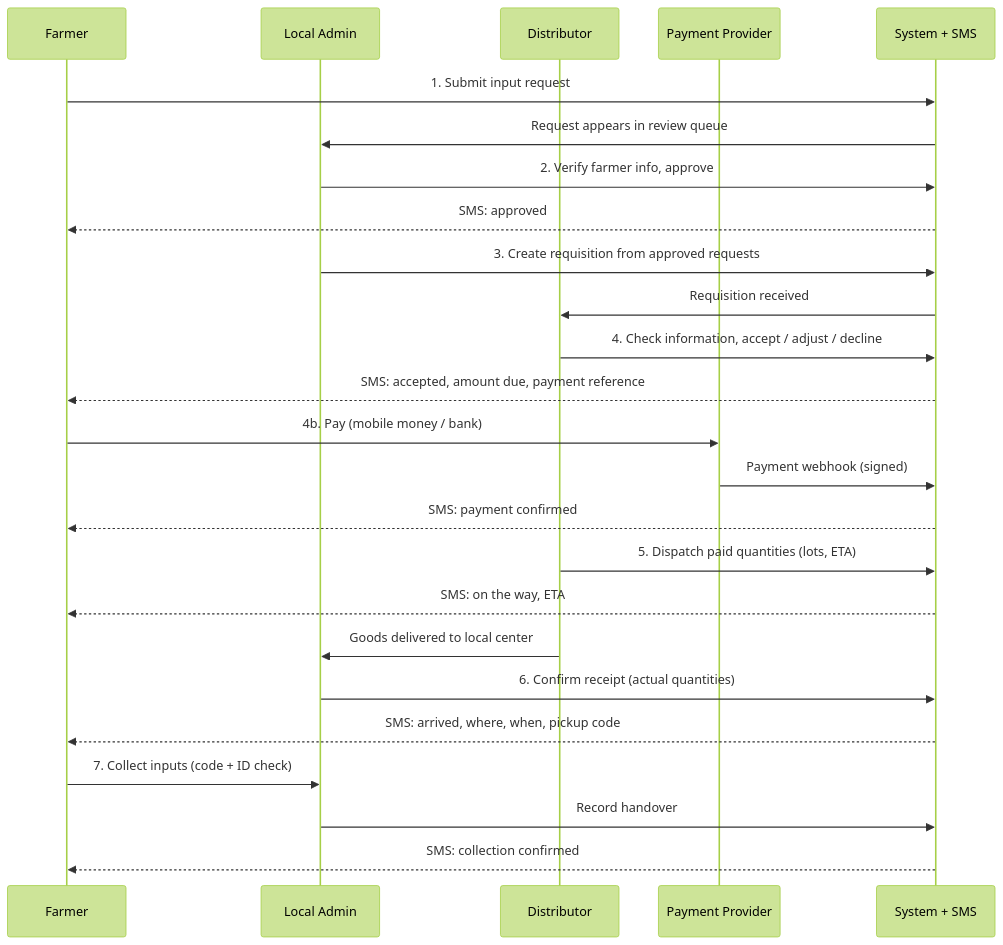
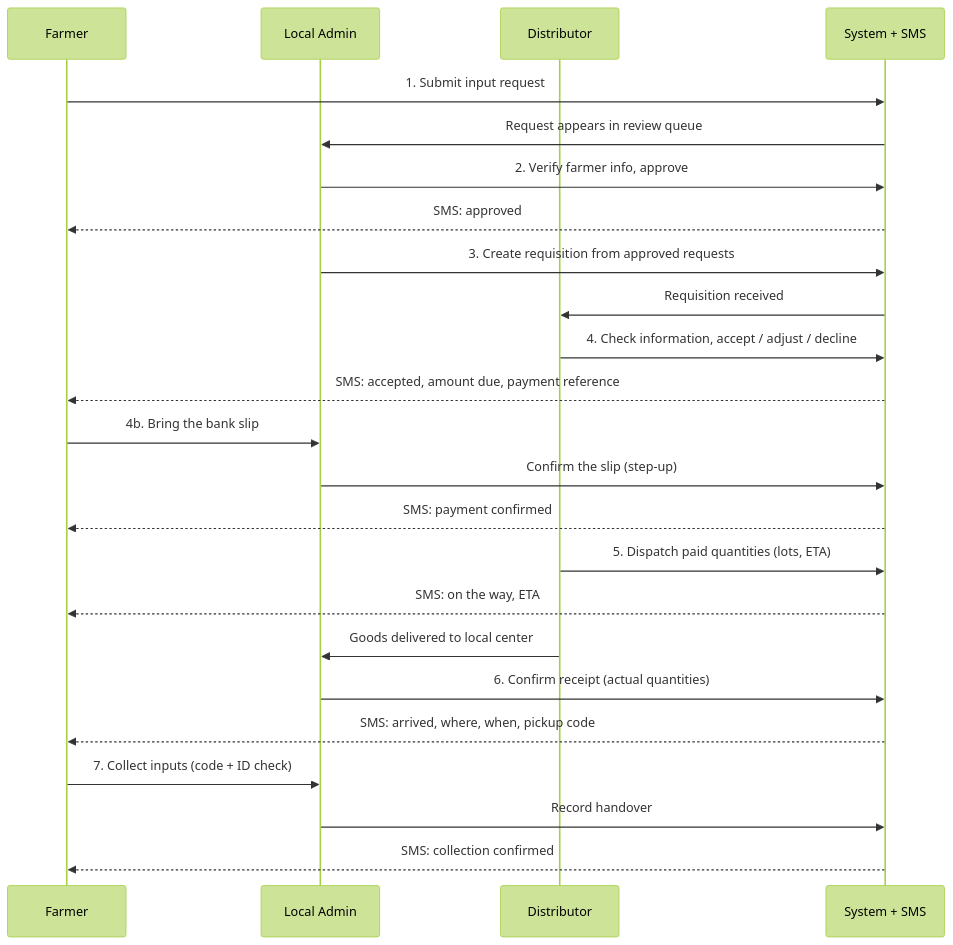
One commit to mumekonin/AgroTrust changed the first of 2 diagrams in AgroTrust_Complete_Design.md. Above: the diagram before and after it, drawn with Mermaid (forest theme). The commit also changed other lines of this file and 37 other files, not shown here.

````diff
--- a/AgroTrust_Complete_Design.md
+++ b/AgroTrust_Complete_Design.md
@@ -209,27 +209,26 @@
 ```mermaid
 sequenceDiagram
   participant F as Farmer
   participant A as Local Admin
   participant D as Distributor
-  participant P as Payment Provider
   participant S as System + SMS
   F->>S: 1. Submit input request
   S->>A: Request appears in review queue
   A->>S: 2. Verify farmer info, approve
   S-->>F: SMS: approved
   A->>S: 3. Create requisition from approved requests
   S->>D: Requisition received
   D->>S: 4. Check information, accept / adjust / decline
   S-->>F: SMS: accepted, amount due, payment reference
-  F->>P: 4b. Pay (mobile money / bank)
-  P->>S: Payment webhook (signed)
+  F->>A: 4b. Bring the bank slip
+  A->>S: Confirm the slip (step-up)
   S-->>F: SMS: payment confirmed
   D->>S: 5. Dispatch paid quantities (lots, ETA)
   S-->>F: SMS: on the way, ETA
   D->>A: Goods delivered to local center
   A->>S: 6. Confirm receipt (actual quantities)
   S-->>F: SMS: arrived, where, when, pickup code
   F->>A: 7. Collect inputs (code + ID check)
   A->>S: Record handover
   S-->>F: SMS: collection confirmed
 ```
````
